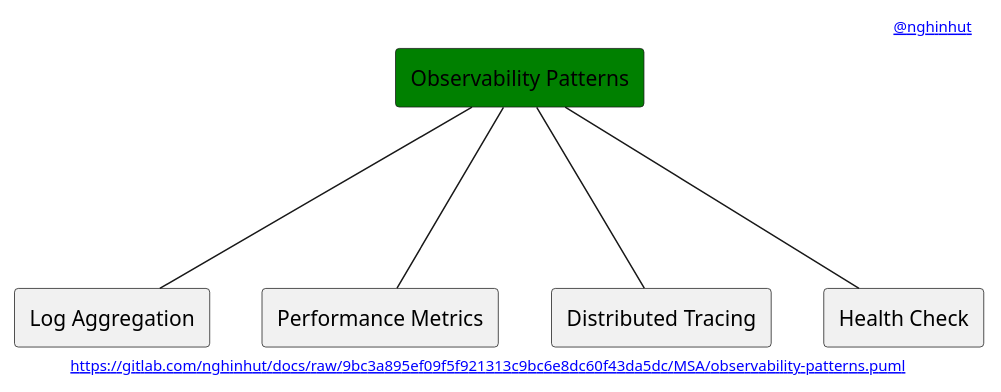
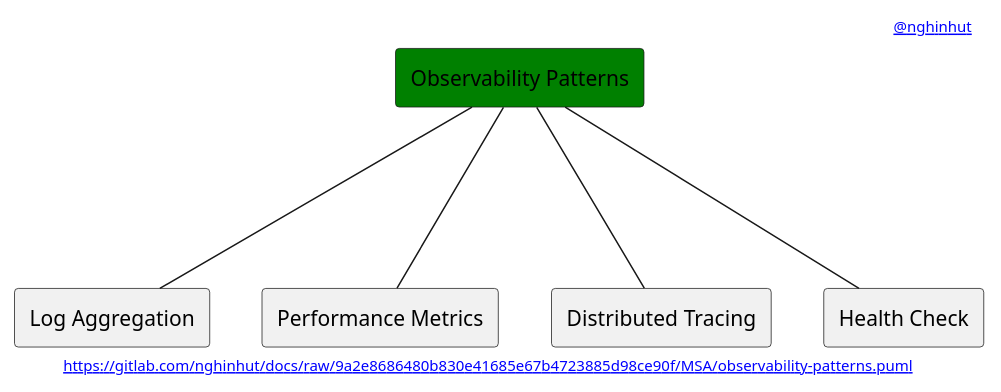
One commit to nghinhut/docs changed the diagram in MSA/observability-patterns.puml. Above: the diagram before and after it, drawn with PlantUML. The commit also changed 17 other files, not shown here.

Commit message:
Update diagrams

```diff
--- a/MSA/observability-patterns.puml
+++ b/MSA/observability-patterns.puml
@@ -1,18 +1,18 @@
 @startuml
 '-----START auto generated metadata please keep comment here to allow auto update-----
 '-----DON'T EDIT THIS SECTION, INSTEAD RE-RUN prebuild.sh TO UPDATE-----
 header [[mailto:nghinhut@gmail.com @nghinhut]]
-footer [[https://gitlab.com/nghinhut/docs/raw/9bc3a895ef09f5f921313c9bc6e8dc60f43da5dc/MSA/observability-patterns.puml]]
+footer [[https://gitlab.com/nghinhut/docs/raw/9a2e8686480b830e41685e67b4723885d98ce90f/MSA/observability-patterns.puml]]
 '-----END auto generated metadata please keep comment here to allow auto update-----
 
 rectangle "Observability Patterns" as Observability #green
 
 rectangle "Log Aggregation" as ObservabilityP1
 rectangle "Performance Metrics" as ObservabilityP2
 rectangle "Distributed Tracing" as ObservabilityP3
 rectangle "Health Check" as ObservabilityP4
 Observability --- ObservabilityP1
 Observability --- ObservabilityP2
 Observability --- ObservabilityP3
 Observability --- ObservabilityP4
 @enduml
```
